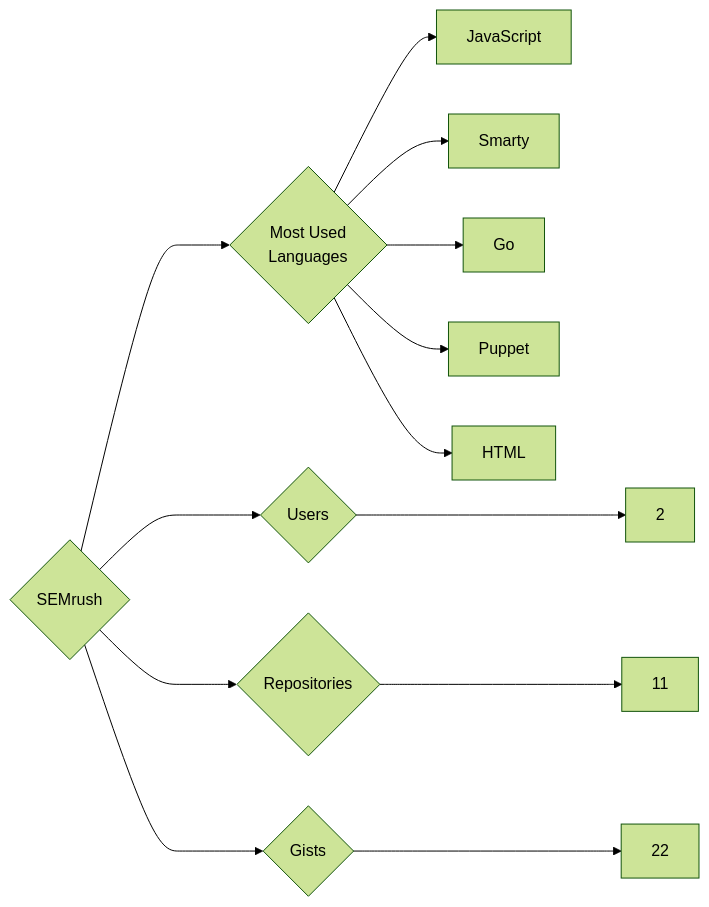
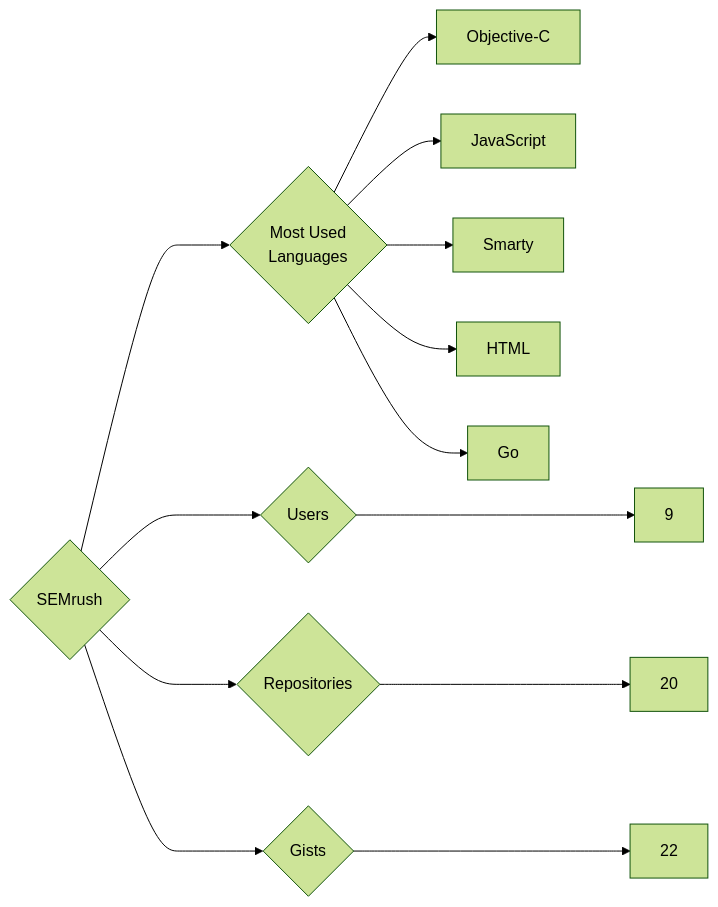
Before and after one commit to trickest/insiders: the diagram in targets/SEMrush/README.md, drawn with Mermaid (forest theme). The commit also changed 878 other files, not shown here.

````diff
--- a/targets/SEMrush/README.md
+++ b/targets/SEMrush/README.md
@@ -3,13 +3,13 @@
 ```mermaid
 graph LR
 COMPANY_NAME{SEMrush}
-COMPANY_NAME ---> U{Users} ---> UN[2]
-COMPANY_NAME ---> R{Repositories} ---> RN[11]
+COMPANY_NAME ---> U{Users} ---> UN[9]
+COMPANY_NAME ---> R{Repositories} ---> RN[20]
 COMPANY_NAME ---> G{Gists} ---> GN[22]
 COMPANY_NAME ---> ML{Most Used<br>Languages}
+ML --> Objective-C[Objective-C]
 ML --> JavaScript[JavaScript]
 ML --> Smarty[Smarty]
+ML --> HTML[HTML]
 ML --> Go[Go]
-ML --> Puppet[Puppet]
-ML --> HTML[HTML]
 ```
````
